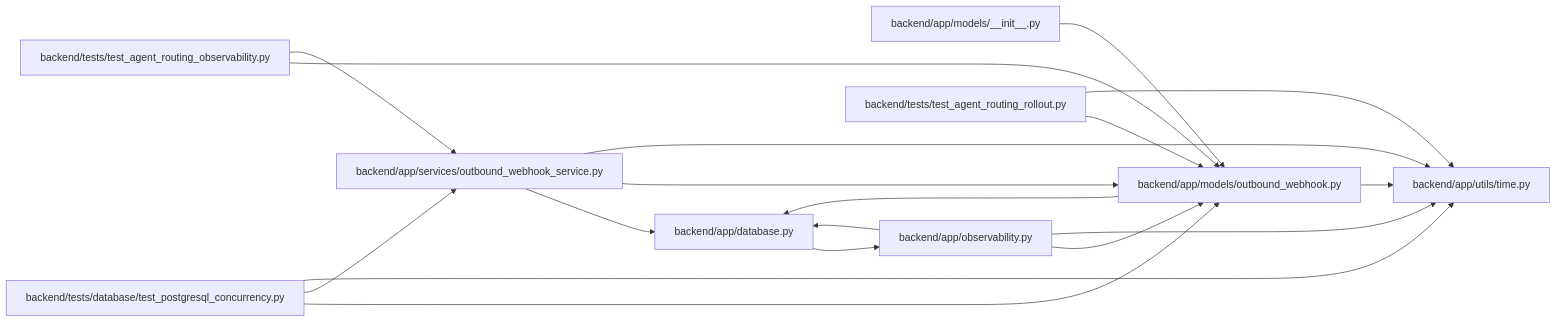
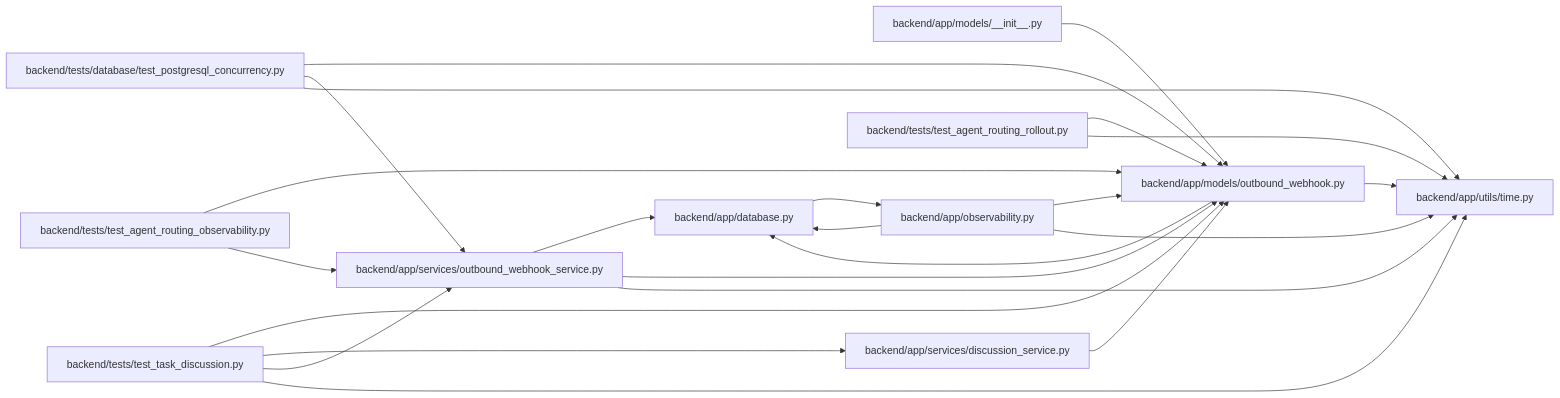
The diagram in docs/llm_wiki/modules/models_outbound_webhook.md (Denissvgn/WorkChord), drawn with Mermaid before and after one commit. The commit also changed other lines of this file and 1888 other files, not shown here.

First line of the commit message:
Add human teamwork workflows, shared capacity, and task discussion (#7)

````diff
--- a/docs/llm_wiki/modules/models_outbound_webhook.md
+++ b/docs/llm_wiki/modules/models_outbound_webhook.md
@@ -24,38 +24,47 @@
 ```mermaid
 flowchart LR
     n0["backend/app/database.py"]
     n1["backend/app/models/__init__.py"]
     n2["backend/app/models/outbound_webhook.py"]
     n3["backend/app/observability.py"]
-    n4["backend/app/services/outbound_webhook_service.py"]
-    n5["backend/app/utils/time.py"]
-    n6["backend/tests/database/test_postgresql_concurrency.py"]
-    n7["backend/tests/test_agent_routing_observability.py"]
-    n8["backend/tests/test_agent_routing_rollout.py"]
+    n4["backend/app/services/discussion_service.py"]
+    n5["backend/app/services/outbound_webhook_service.py"]
+    n6["backend/app/utils/time.py"]
+    n7["backend/tests/database/test_postgresql_concurrency.py"]
+    n8["backend/tests/test_agent_routing_observability.py"]
+    n9["backend/tests/test_agent_routing_rollout.py"]
+    n10["backend/tests/test_task_discussion.py"]
     n0 --> n3
     n1 --> n2
     n2 --> n0
-    n2 --> n5
+    n2 --> n6
     n3 --> n0
     n3 --> n2
-    n3 --> n5
-    n4 --> n0
+    n3 --> n6
     n4 --> n2
-    n4 --> n5
-    n6 --> n2
-    n6 --> n4
-    n6 --> n5
+    n5 --> n0
+    n5 --> n2
+    n5 --> n6
     n7 --> n2
-    n7 --> n4
+    n7 --> n5
+    n7 --> n6
     n8 --> n2
     n8 --> n5
+    n9 --> n2
+    n9 --> n6
+    n10 --> n2
+    n10 --> n4
+    n10 --> n5
+    n10 --> n6
     click n0 "../modules/app_database.md"
     click n1 "../modules/models___init__.md"
     click n2 "../modules/models_outbound_webhook.md"
     click n3 "../modules/observability.md"
-    click n4 "../modules/outbound_webhook_service.md"
-    click n5 "../modules/time.md"
-    click n6 "../modules/test_postgresql_concurrency.md"
-    click n7 "../modules/test_agent_routing_observability.md"
-    click n8 "../modules/test_agent_routing_rollout.md"
+    click n4 "../modules/discussion_service.md"
+    click n5 "../modules/outbound_webhook_service.md"
+    click n6 "../modules/time.md"
+    click n7 "../modules/test_postgresql_concurrency.md"
+    click n8 "../modules/test_agent_routing_observability.md"
+    click n9 "../modules/test_agent_routing_rollout.md"
+    click n10 "../modules/test_task_discussion.md"
 ```
````
